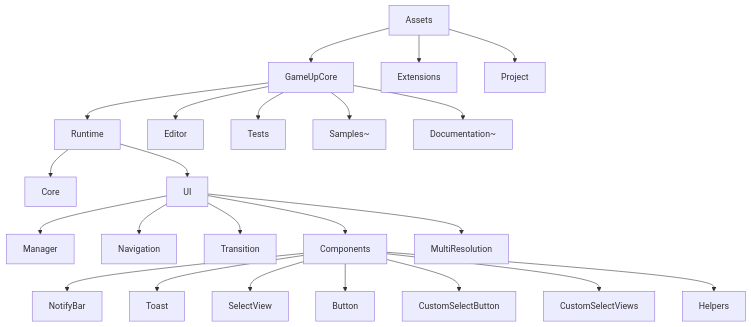
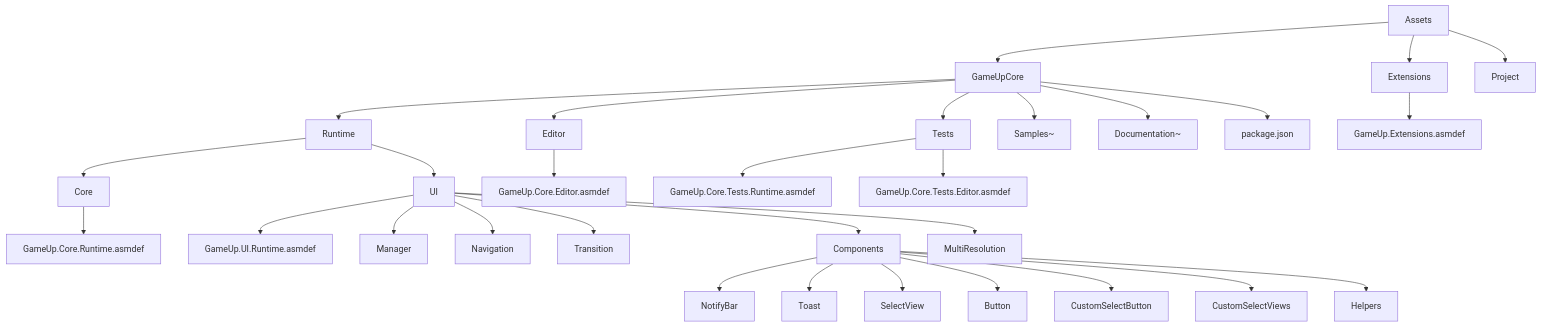
The first of 4 diagrams in doc/unity_team_execution_plan.md (ohze/gameup-unity-template), drawn with Mermaid before and after one commit. The commit also changed other lines of this file, not shown here.

````diff
--- a/doc/unity_team_execution_plan.md
+++ b/doc/unity_team_execution_plan.md
@@ -108,34 +117,48 @@
 ```mermaid
 flowchart TD
     assetsRoot[Assets]
     gameUpCore[GameUpCore]
     extensionsRoot[Extensions]
     projectRoot[Project]
+    packageJsonFile[package.json]
+    coreAsmFile[GameUp.Core.Runtime.asmdef]
+    uiAsmFile[GameUp.UI.Runtime.asmdef]
+    editorAsmFile[GameUp.Core.Editor.asmdef]
+    testRuntimeAsmFile[GameUp.Core.Tests.Runtime.asmdef]
+    testEditorAsmFile[GameUp.Core.Tests.Editor.asmdef]
+    extensionAsmFile[GameUp.Extensions.asmdef]
 
     assetsRoot --> gameUpCore
     assetsRoot --> extensionsRoot
     assetsRoot --> projectRoot
 
     gameUpCore --> runtimeRoot[Runtime]
     gameUpCore --> editorRoot[Editor]
     gameUpCore --> testsRoot[Tests]
     gameUpCore --> samplesRoot[Samples~]
     gameUpCore --> docsRoot[Documentation~]
+    gameUpCore --> packageJsonFile
 
     runtimeRoot --> coreRuntimeFolder[Core]
     runtimeRoot --> uiRuntimeFolder[UI]
+    coreRuntimeFolder --> coreAsmFile
+    uiRuntimeFolder --> uiAsmFile
+    editorRoot --> editorAsmFile
+    testsRoot --> testRuntimeAsmFile
+    testsRoot --> testEditorAsmFile
+    extensionsRoot --> extensionAsmFile
 
     uiRuntimeFolder --> managerFolder[Manager]
     uiRuntimeFolder --> navigationFolder[Navigation]
     uiRuntimeFolder --> transitionFolder[Transition]
     uiRuntimeFolder --> componentsFolder[Components]
     uiRuntimeFolder --> multiResolutionFolder[MultiResolution]
 
     componentsFolder --> notifyBarFolder[NotifyBar]
     componentsFolder --> toastFolder[Toast]
     componentsFolder --> selectViewFolder[SelectView]
     componentsFolder --> buttonFolder[Button]
     componentsFolder --> customSelectButtonFolder[CustomSelectButton]
     componentsFolder --> customSelectViewsFolder[CustomSelectViews]
     componentsFolder --> helpersFolder[Helpers]
 ```
````
